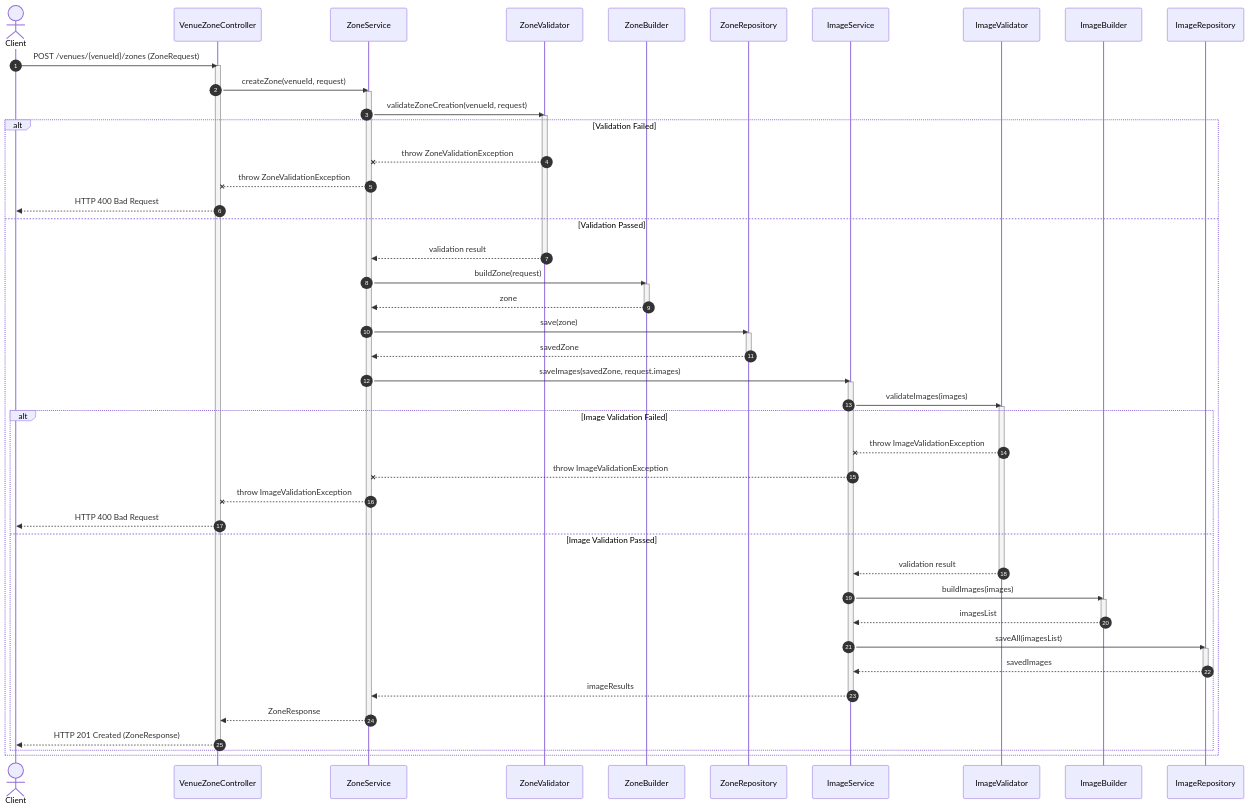
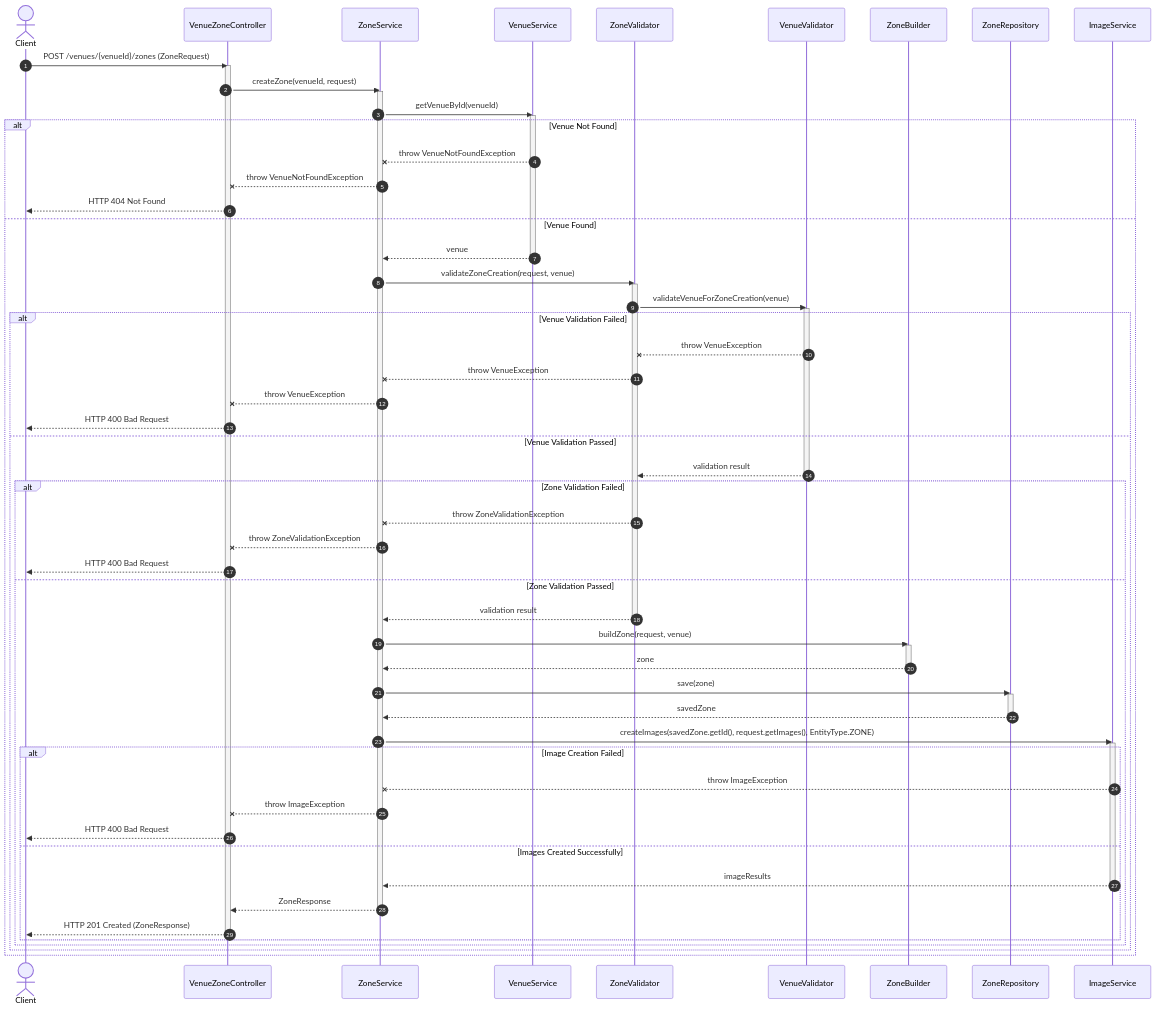
The diagram in venue-service/docs/sequence/zone-creation-sequence.mmd (mhmd-zbib/event-management-system), drawn with Mermaid before and after one commit. The commit also changed 7 other files, not shown here.

Commit message:
test: created zone service and validator tests

```diff
--- a/venue-service/docs/sequence/zone-creation-sequence.mmd
+++ b/venue-service/docs/sequence/zone-creation-sequence.mmd
@@ -1,61 +1,78 @@
 sequenceDiagram
     autonumber
     actor C as Client
     participant VC as VenueZoneController
     participant ZS as ZoneService
+    participant VS as VenueService
     participant ZV as ZoneValidator
+    participant VV as VenueValidator
     participant ZB as ZoneBuilder
     participant ZR as ZoneRepository
     participant IS as ImageService
-    participant IV as ImageValidator
-    participant IB as ImageBuilder
-    participant IR as ImageRepository
+
     C ->> VC: POST /venues/{venueId}/zones (ZoneRequest)
     activate VC
+
     VC ->> ZS: createZone(venueId, request)
     activate ZS
-    ZS ->> ZV: validateZoneCreation(venueId, request)
-    activate ZV
-    alt Validation Failed
-        ZV --x ZS: throw ZoneValidationException
-        ZS --x VC: throw ZoneValidationException
-        VC -->> C: HTTP 400 Bad Request
-    else Validation Passed
-        ZV -->> ZS: validation result
-        deactivate ZV
-        ZS ->> ZB: buildZone(request)
-        activate ZB
-        ZB -->> ZS: zone
-        deactivate ZB
-        ZS ->> ZR: save(zone)
-        activate ZR
-        ZR -->> ZS: savedZone
-        deactivate ZR
-        ZS ->> IS: saveImages(savedZone, request.images)
-        activate IS
-        IS ->> IV: validateImages(images)
-        activate IV
-        alt Image Validation Failed
-            IV --x IS: throw ImageValidationException
-            IS --x ZS: throw ImageValidationException
-            ZS --x VC: throw ImageValidationException
+
+    ZS ->> VS: getVenueById(venueId)
+    activate VS
+    alt Venue Not Found
+        VS --x ZS: throw VenueNotFoundException
+        ZS --x VC: throw VenueNotFoundException
+        VC -->> C: HTTP 404 Not Found
+    else Venue Found
+        VS -->> ZS: venue
+        deactivate VS
+
+        ZS ->> ZV: validateZoneCreation(request, venue)
+        activate ZV
+
+        ZV ->> VV: validateVenueForZoneCreation(venue)
+        activate VV
+        alt Venue Validation Failed
+            VV --x ZV: throw VenueException
+            ZV --x ZS: throw VenueException
+            ZS --x VC: throw VenueException
             VC -->> C: HTTP 400 Bad Request
-        else Image Validation Passed
-            IV -->> IS: validation result
-            deactivate IV
-            IS ->> IB: buildImages(images)
-            activate IB
-            IB -->> IS: imagesList
-            deactivate IB
-            IS ->> IR: saveAll(imagesList)
-            activate IR
-            IR -->> IS: savedImages
-            deactivate IR
-            IS -->> ZS: imageResults
-            deactivate IS
-            ZS -->> VC: ZoneResponse
-            deactivate ZS
-            VC -->> C: HTTP 201 Created (ZoneResponse)
-            deactivate VC
+        else Venue Validation Passed
+            VV -->> ZV: validation result
+            deactivate VV
+
+            alt Zone Validation Failed
+                ZV --x ZS: throw ZoneValidationException
+                ZS --x VC: throw ZoneValidationException
+                VC -->> C: HTTP 400 Bad Request
+            else Zone Validation Passed
+                ZV -->> ZS: validation result
+                deactivate ZV
+
+                ZS ->> ZB: buildZone(request, venue)
+                activate ZB
+                ZB -->> ZS: zone
+                deactivate ZB
+
+                ZS ->> ZR: save(zone)
+                activate ZR
+                ZR -->> ZS: savedZone
+                deactivate ZR
+
+                ZS ->> IS: createImages(savedZone.getId(), request.getImages(), EntityType.ZONE)
+                activate IS
+                alt Image Creation Failed
+                    IS --x ZS: throw ImageException
+                    ZS --x VC: throw ImageException
+                    VC -->> C: HTTP 400 Bad Request
+                else Images Created Successfully
+                    IS -->> ZS: imageResults
+                    deactivate IS
+
+                    ZS -->> VC: ZoneResponse
+                    deactivate ZS
+                    VC -->> C: HTTP 201 Created (ZoneResponse)
+                    deactivate VC
+                end
+            end
         end
     end
```
